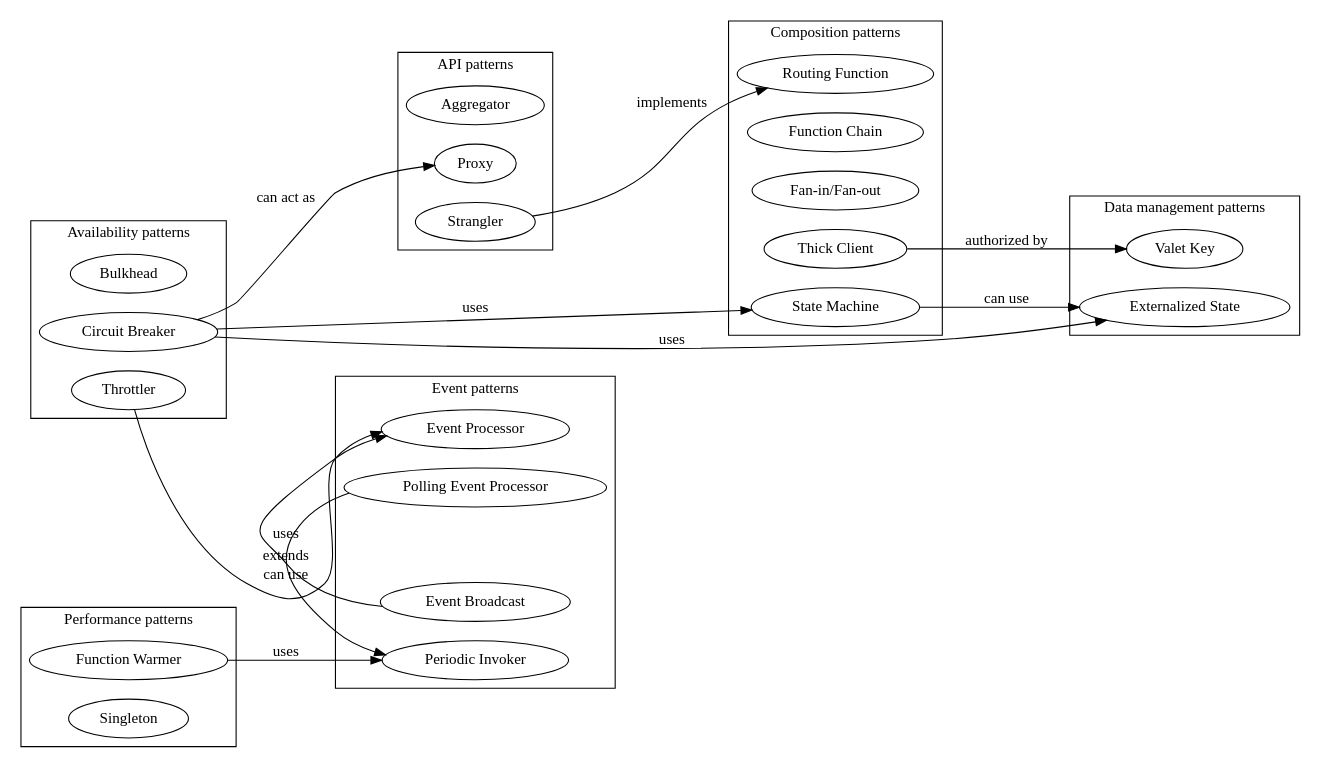
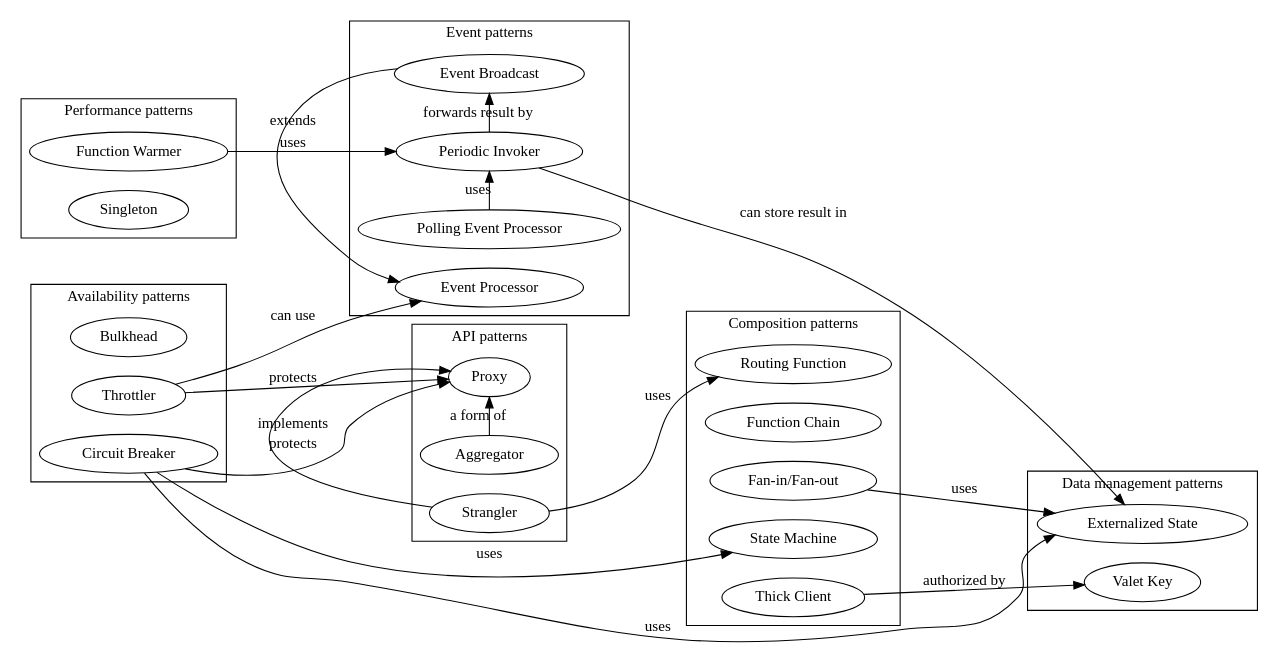
Before and after one commit to epiphone/gradu: the diagram in src/pattern-language.dot, drawn with Graphviz. The commit also changed 3 other files, not shown here.

```diff
--- a/src/pattern-language.dot
+++ b/src/pattern-language.dot
@@ -1,63 +1,70 @@
 digraph g{
   rankdir="LR"
   newrank="true"
 
   subgraph cluster_composition {
     label="Composition patterns"
     rank="same"
     "Routing Function";
     "Function Chain";
     "Fan-in/Fan-out";
     "State Machine";
     "Thick Client";
   }
-  "State Machine" -> "Externalized State" [label="can use"];
+  // "Routing Function" -> "Externalized State" [label="can store configuration in"];
+  // "Function Chain" -> "Externalized State" [label="stores result in"];
+  "Fan-in/Fan-out" -> "Externalized State" [label="uses"];
   "Thick Client" -> "Valet Key" [label="authorized by"];
 
   subgraph cluster_event {
     label="Event patterns"
     rank="same"
     "Event Processor";
     "Periodic Invoker";
     "Polling Event Processor";
     "Event Broadcast";
   }
+  "Periodic Invoker" -> "Externalized State" [label="can store result in"];
+  "Periodic Invoker" -> "Event Broadcast" [label="forwards result by"];
   "Polling Event Processor" -> "Periodic Invoker" [label="uses"];
   "Event Broadcast" -> "Event Processor" [label="extends"];
 
   subgraph cluster_api {
     label="API patterns"
     rank="same"
     "Aggregator";
     "Proxy";
     "Strangler";
   }
-  "Strangler" -> "Routing Function" [label="implements"];
+  "Aggregator" -> "Proxy" [label="a form of"];
+  "Strangler" -> "Routing Function" [label="uses"];
+  "Strangler" -> "Proxy" [label="implements"];
 
   subgraph cluster_data {
     label="Data management patterns"
     rank="same"
     "Externalized State";
     "Valet Key";
   }
 
   subgraph cluster_performance {
     label="Performance patterns"
     rank="same"
     "Function Warmer";
     "Singleton";
   }
   "Function Warmer" -> "Periodic Invoker" [label="uses"];
 
   subgraph cluster_availability {
     label="Availability patterns"
     rank="same"
     "Bulkhead";
     "Throttler";
     "Circuit Breaker";
   }
   "Throttler" -> "Event Processor" [label="can use"];
+  "Throttler" -> "Proxy" [label="protects"];
   "Circuit Breaker" -> "State Machine" [label="uses"];
   "Circuit Breaker" -> "Externalized State" [label="uses"];
-  "Circuit Breaker" -> "Proxy" [label="can act as"];
+  "Circuit Breaker" -> "Proxy" [label="protects"];
 }
```
